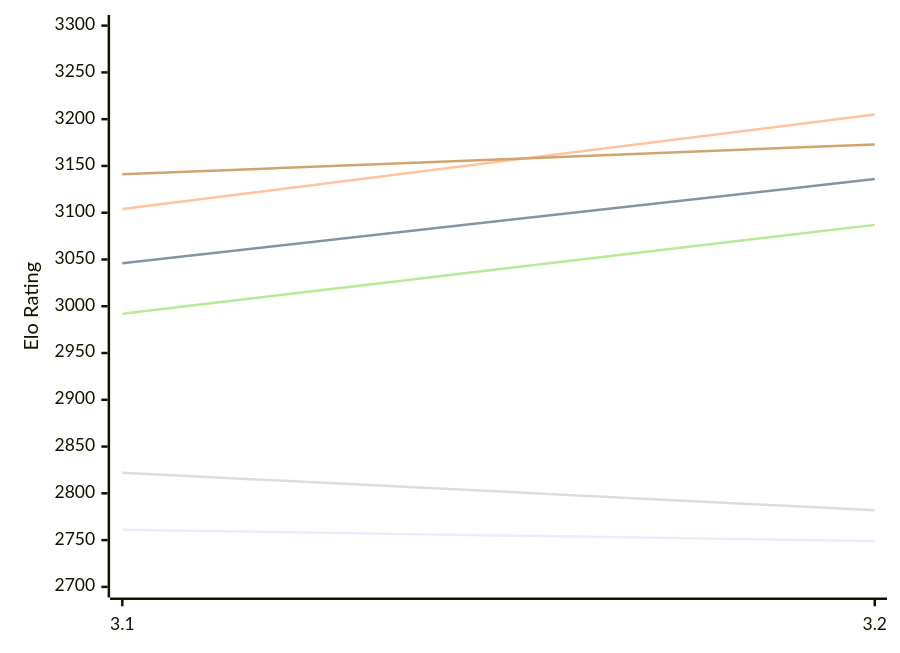
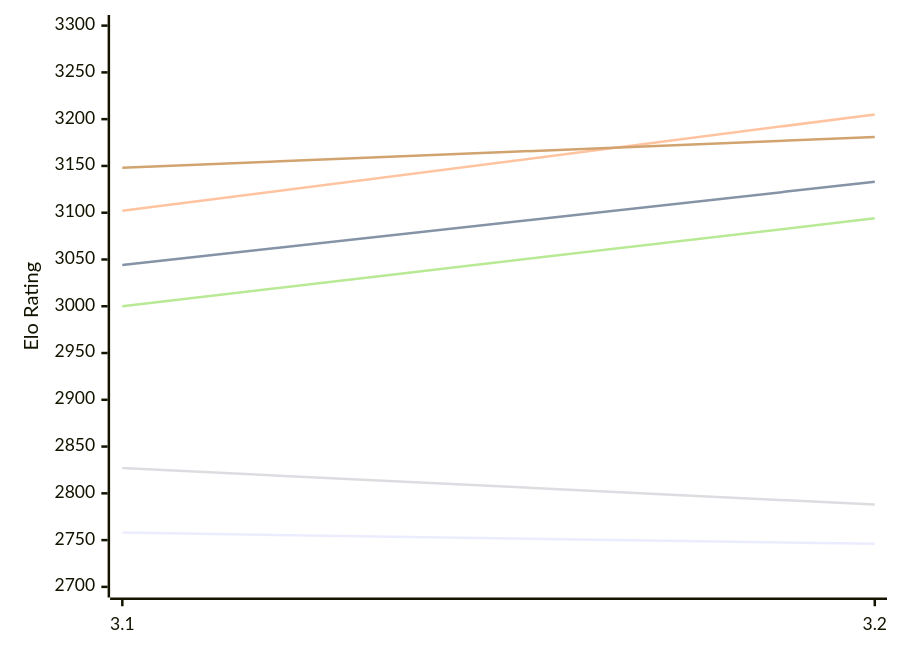
The first of 2 diagrams in engines/Vajolet2.md (computer-chess-index/cci), drawn with Mermaid before and after one commit. The commit also changed other lines of this file, not shown here.

Commit message:
Update CCI Ratings (ELO VLTC) - 2026-11-23

````diff
--- a/engines/Vajolet2.md
+++ b/engines/Vajolet2.md
@@ -51,12 +51,12 @@
 ```mermaid
 %%{init: {"theme":"base","themeVariables":{"seriesColors:['#a3a3a3','#222221','#faa371']}}}%%
 xychart-beta
   x-axis ["3.1", "3.2"]
   y-axis "Elo Rating" 2700 --> 3300
-  line "E1: STC (8.0+0.08s)" [2761, 2749]
-  line "E1: LTC (60.0+0.60s)" [3046, 3136]
-  line "E1: VLTC (2m24s+1.12s)" [3104, 3205]
-  line "P1: STC (8.0+0.08s)" [2822, 2782]
-  line "P1: LTC (60.0+0.60s)" [2992, 3087]
-  line "P1: VLTC (2m24s+1.12s)" [3141, 3173]
+  line "E1: STC (8.0+0.08s)" [2758, 2746]
+  line "E1: LTC (60.0+0.60s)" [3044, 3133]
+  line "E1: VLTC (2m24s+1.12s)" [3102, 3205]
+  line "P1: STC (8.0+0.08s)" [2827, 2788]
+  line "P1: LTC (60.0+0.60s)" [3000, 3094]
+  line "P1: VLTC (2m24s+1.12s)" [3148, 3181]
 ```
````
